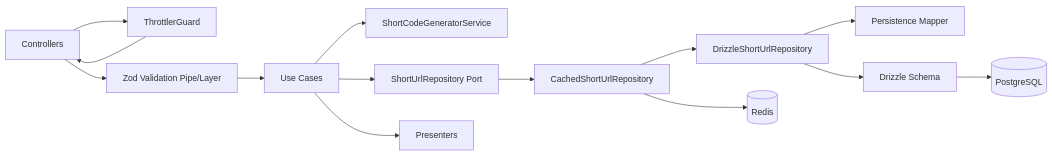
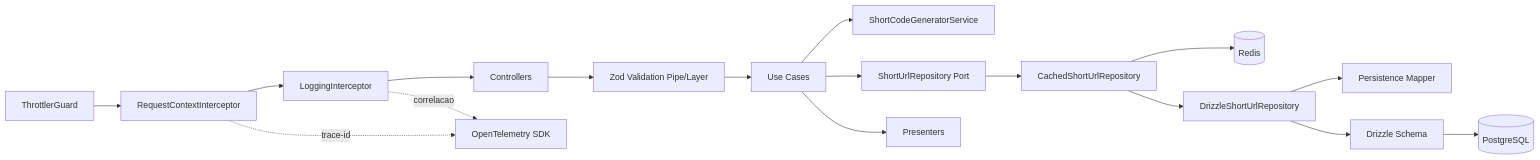
One commit to joisiney/short-url-api changed the third of 5 diagrams in README.md. Above: the diagram before and after it, drawn with Mermaid. The commit also changed other lines of this file and 1 other file, not shown here.

First line of the commit message:
docs: document observability flow and OTEL env setup

````diff
--- a/README.md
+++ b/README.md
@@ -104,30 +107,36 @@
 ```mermaid
 flowchart LR
+    RequestContext[RequestContextInterceptor]
+    Logging[LoggingInterceptor]
     Controller[Controllers]
     Throttler[ThrottlerGuard]
     ZodValidation[Zod Validation Pipe/Layer]
     UseCases[Use Cases]
     Generator[ShortCodeGeneratorService]
     RepoPort[ShortUrlRepository Port]
     CachedRepo[CachedShortUrlRepository]
     DrizzleRepo[DrizzleShortUrlRepository]
     Redis[(Redis)]
     Mapper[Persistence Mapper]
     DrizzleSchema[Drizzle Schema]
     Postgres[(PostgreSQL)]
     Presenter[Presenters]
+    OTel[OpenTelemetry SDK]
 
-    Controller --> Throttler
-    Throttler --> Controller
+    Throttler --> RequestContext
+    RequestContext --> Logging
+    Logging --> Controller
     Controller --> ZodValidation
     ZodValidation --> UseCases
     UseCases --> Generator
     UseCases --> RepoPort
     RepoPort --> CachedRepo
     CachedRepo --> Redis
     CachedRepo --> DrizzleRepo
     DrizzleRepo --> Mapper
     DrizzleRepo --> DrizzleSchema
     DrizzleSchema --> Postgres
     UseCases --> Presenter
+    RequestContext -.->|trace-id| OTel
+    Logging -.->|correlacao| OTel
 ```
````
